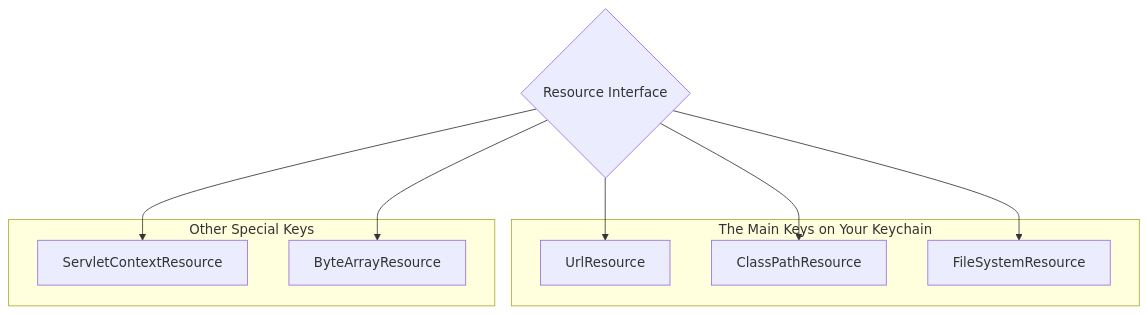
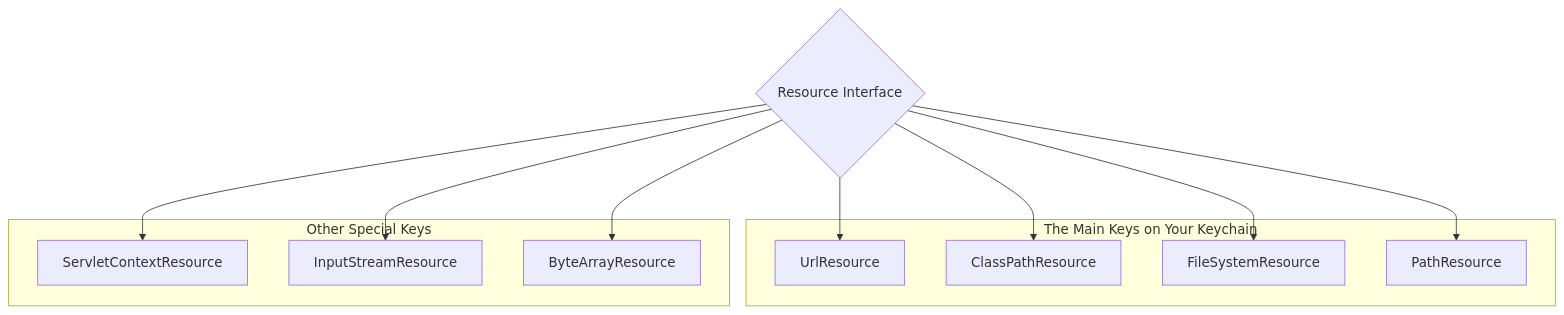
One commit to pdheeraj99/Spring-Guide changed the diagram in Spring-Concepts/02-Core-Technologies/02-Resources/02-Built-in-Resource-Implementations.md. Above: the diagram before and after it, drawn with Mermaid. The commit also changed other lines of this file and 8 other files, not shown here.

````diff
--- a/Spring-Concepts/02-Core-Technologies/02-Resources/02-Built-in-Resource-Implementations.md
+++ b/Spring-Concepts/02-Core-Technologies/02-Resources/02-Built-in-Resource-Implementations.md
@@ -19,18 +21,22 @@
 ```mermaid
 graph TD
     A{Resource Interface};
     subgraph "The Main Keys on Your Keychain"
         B[UrlResource];
         C[ClassPathResource];
         D[FileSystemResource];
+        G[PathResource];
     end
     subgraph "Other Special Keys"
         E[ServletContextResource];
+        H[InputStreamResource];
         F[ByteArrayResource];
     end
     A --> B;
     A --> C;
     A --> D;
     A --> E;
     A --> F;
+    A --> G;
+    A --> H;
 ```
````
